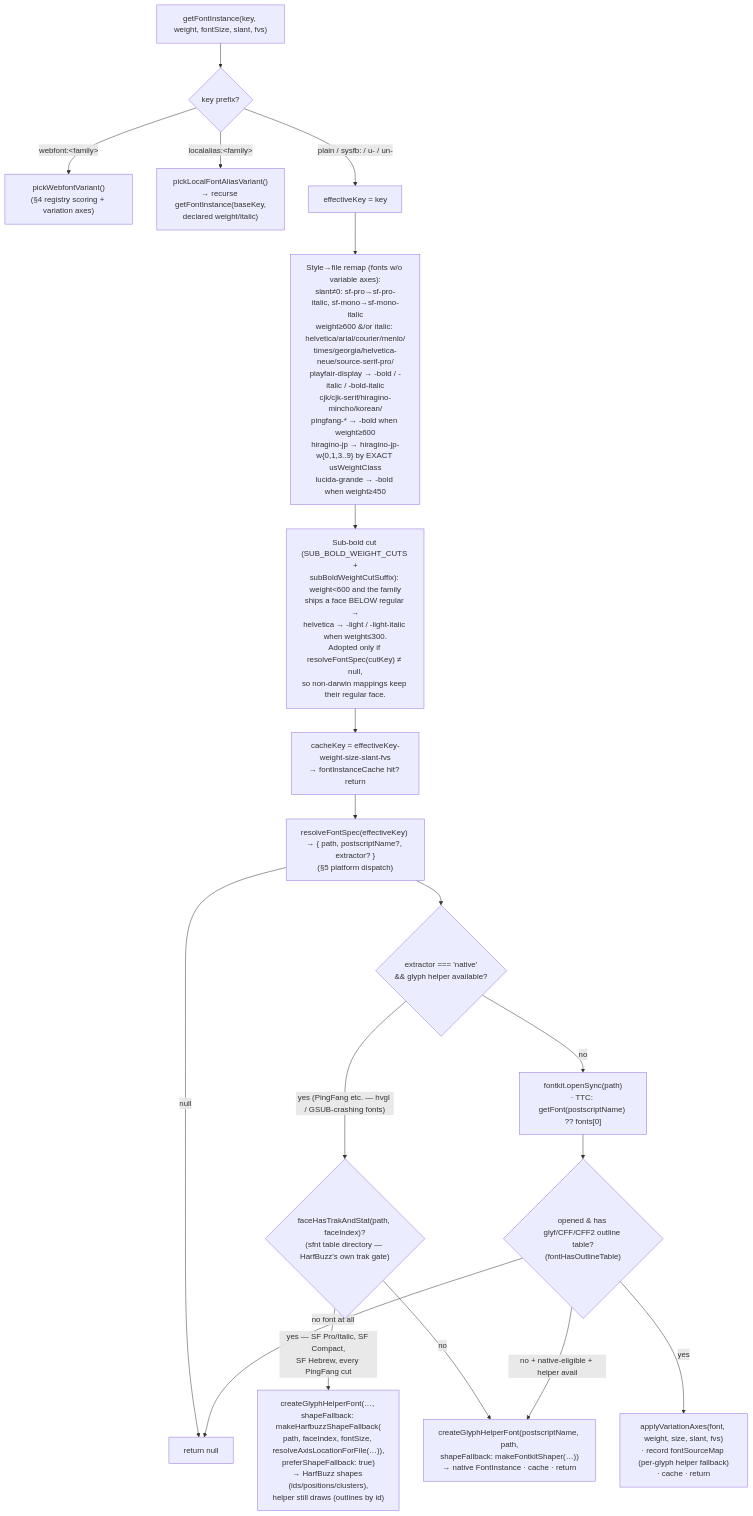
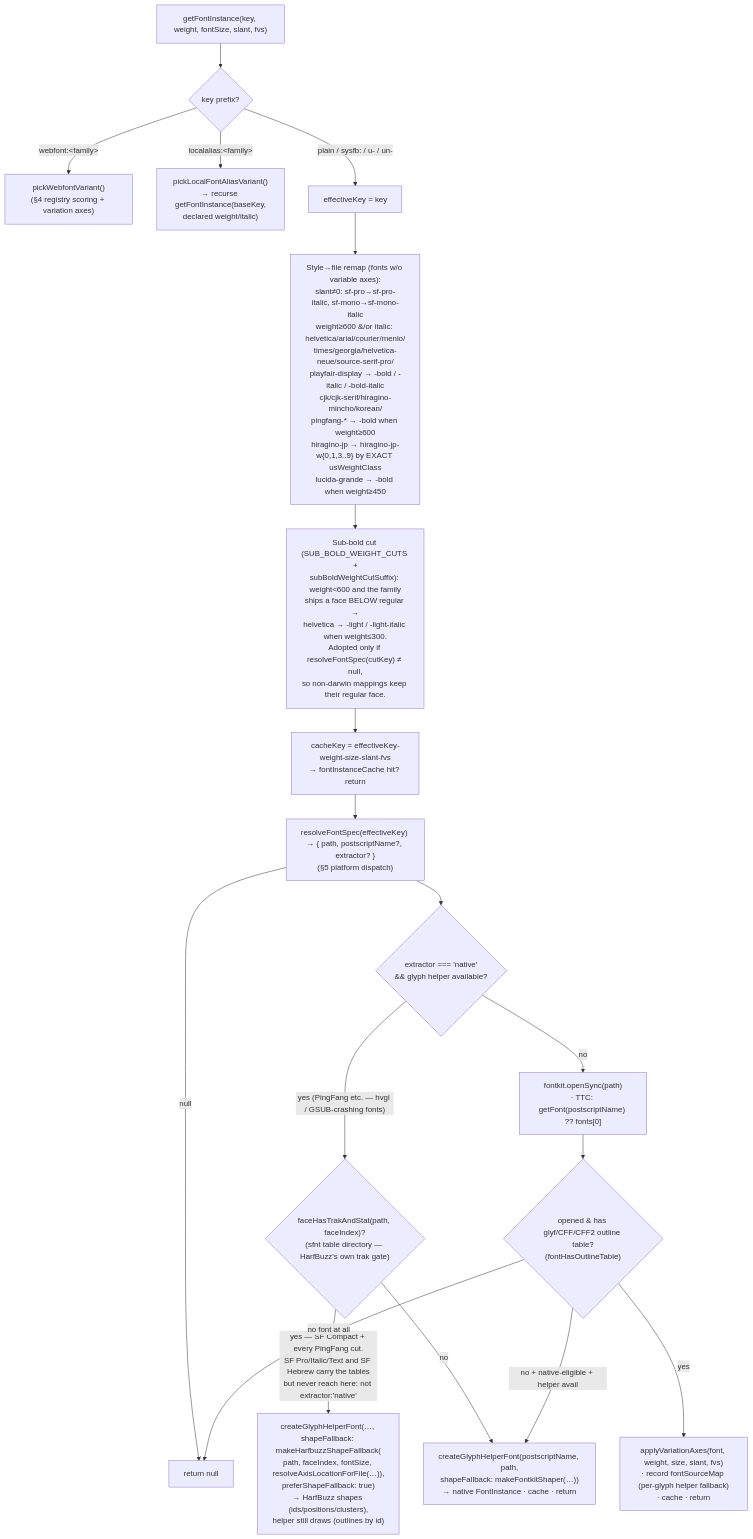
The third of 11 diagrams in docs/font-resolution-diagram.md (brianwestphal/domotion), drawn with Mermaid before and after one commit. The commit also changed other lines of this file and 5 other files, not shown here.

First line of the commit message:
fix(fonts): gate the trak+STAT HarfBuzz routing behind a flag, and correct which faces it reaches (DM-1916)

````diff
--- a/docs/font-resolution-diagram.md
+++ b/docs/font-resolution-diagram.md
@@ -200,22 +200,22 @@
 ```mermaid
 flowchart TD
   G0["getFontInstance(key, weight, fontSize, slant, fvs)"] --> G1{"key prefix?"}
   G1 -->|"webfont:&lt;family&gt;"| GW["pickWebfontVariant()<br/>(§4 registry scoring + variation axes)"]
   G1 -->|"localalias:&lt;family&gt;"| GL["pickLocalFontAliasVariant()<br/>→ recurse getFontInstance(baseKey,<br/>declared weight/italic)"]
   G1 -->|"plain / sysfb: / u- / un-"| G2["effectiveKey = key"]
 
   G2 --> G3["Style→file remap (fonts w/o variable axes):<br/>slant≠0: sf-pro→sf-pro-italic, sf-mono→sf-mono-italic<br/>weight≥600 &/or italic: helvetica/arial/courier/menlo/<br/>times/georgia/helvetica-neue/source-serif-pro/<br/>playfair-display → -bold / -italic / -bold-italic<br/>cjk/cjk-serif/hiragino-mincho/korean/<br/>pingfang-* → -bold when weight≥600<br/>hiragino-jp → hiragino-jp-w{0,1,3..9} by EXACT usWeightClass<br/>lucida-grande → -bold when weight≥450"]
   G3 --> G3b["Sub-bold cut (SUB_BOLD_WEIGHT_CUTS +<br/>subBoldWeightCutSuffix): weight&lt;600 and the family<br/>ships a face BELOW regular →<br/>helvetica → -light / -light-italic when weight≤300.<br/>Adopted only if resolveFontSpec(cutKey) ≠ null,<br/>so non-darwin mappings keep their regular face."]
   G3b --> G4["cacheKey = effectiveKey-weight-size-slant-fvs<br/>→ fontInstanceCache hit? return"]
   G4 --> G5["resolveFontSpec(effectiveKey) → { path, postscriptName?, extractor? }<br/>(§5 platform dispatch)"]
   G5 -->|"null"| GNull["return null"]
   G5 --> G6{"extractor === 'native'<br/>&& glyph helper available?"}
   G6 -->|"yes (PingFang etc. — hvgl / GSUB-crashing fonts)"| G6t{"faceHasTrakAndStat(path, faceIndex)?<br/>(sfnt table directory — HarfBuzz's own trak gate)"}
-  G6t -->|"yes — SF Pro/Italic, SF Compact,<br/>SF Hebrew, every PingFang cut"| G7t["createGlyphHelperFont(…, shapeFallback: makeHarfbuzzShapeFallback(<br/>path, faceIndex, fontSize, resolveAxisLocationForFile(…)),<br/>preferShapeFallback: true)<br/>→ HarfBuzz shapes (ids/positions/clusters),<br/>helper still draws (outlines by id)"]
+  G6t -->|"yes — SF Compact + every PingFang cut.<br/>SF Pro/Italic/Text and SF Hebrew carry the tables<br/>but never reach here: not extractor:'native'"| G7t["createGlyphHelperFont(…, shapeFallback: makeHarfbuzzShapeFallback(<br/>path, faceIndex, fontSize, resolveAxisLocationForFile(…)),<br/>preferShapeFallback: true)<br/>→ HarfBuzz shapes (ids/positions/clusters),<br/>helper still draws (outlines by id)"]
   G6t -->|"no"| G7["createGlyphHelperFont(postscriptName, path,<br/>shapeFallback: makeFontkitShaper(…))<br/>→ native FontInstance · cache · return"]
   G6 -->|"no"| G8["fontkit.openSync(path)<br/>· TTC: getFont(postscriptName) ?? fonts[0]"]
   G8 --> G9{"opened & has glyf/CFF/CFF2 outline table?<br/>(fontHasOutlineTable)"}
   G9 -->|"no + native-eligible + helper avail"| G7
   G9 -->|"no font at all"| GNull
   G9 -->|"yes"| G10["applyVariationAxes(font, weight, size, slant, fvs)<br/>· record fontSourceMap (per-glyph helper fallback)<br/>· cache · return"]
 ```
````
